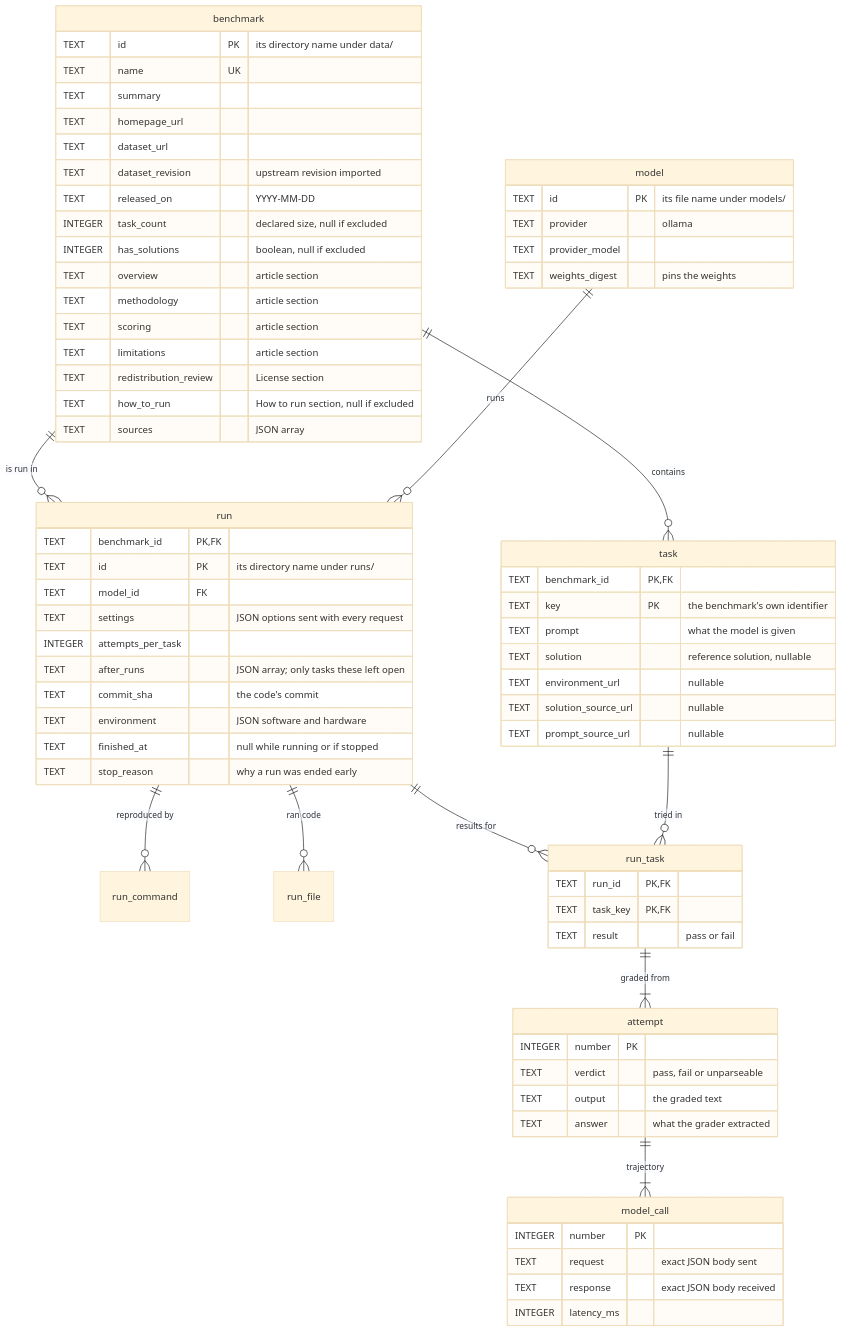
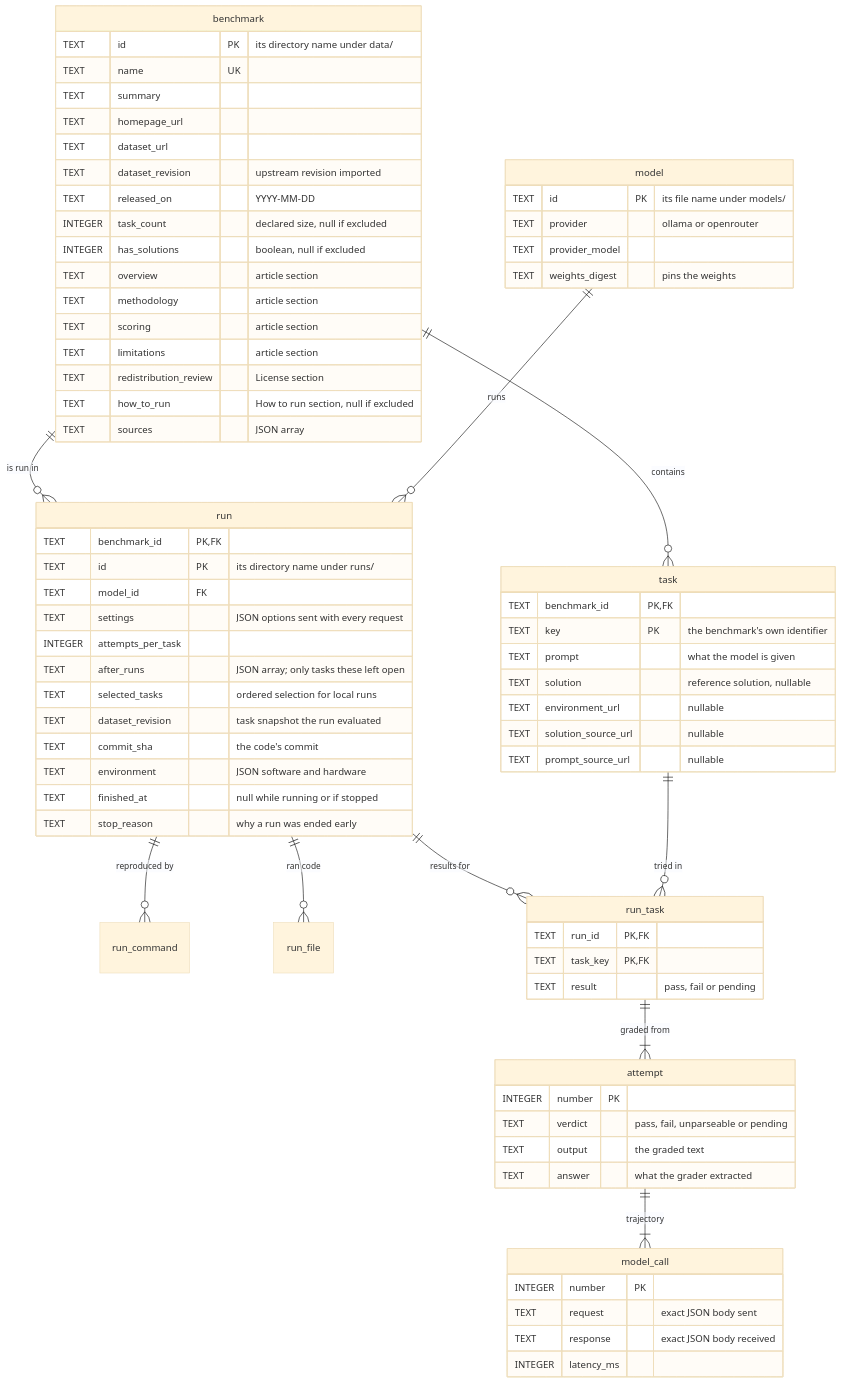
Before and after one commit to khooeee/benchopedia: the diagram in README.md, drawn with Mermaid (base theme). The commit also changed other lines of this file and 18 other files, not shown here.

Commit message:
add task priority sweep and open tasks page

````diff
--- a/README.md
+++ b/README.md
@@ -56,75 +64,77 @@
 ```mermaid
 erDiagram
     benchmark ||--o{ task : contains
     benchmark ||--o{ run : "is run in"
     model ||--o{ run : runs
     run ||--o{ run_command : "reproduced by"
     run ||--o{ run_file : "ran code"
     run ||--o{ run_task : "results for"
     task ||--o{ run_task : "tried in"
     run_task ||--|{ attempt : "graded from"
     attempt ||--|{ model_call : trajectory
 
     benchmark {
         TEXT id PK "its directory name under data/"
         TEXT name UK
         TEXT summary
         TEXT homepage_url
         TEXT dataset_url
         TEXT dataset_revision "upstream revision imported"
         TEXT released_on "YYYY-MM-DD"
         INTEGER task_count "declared size, null if excluded"
         INTEGER has_solutions "boolean, null if excluded"
         TEXT overview "article section"
         TEXT methodology "article section"
         TEXT scoring "article section"
         TEXT limitations "article section"
         TEXT redistribution_review "License section"
         TEXT how_to_run "How to run section, null if excluded"
         TEXT sources "JSON array"
     }
     task {
         TEXT benchmark_id PK, FK
         TEXT key PK "the benchmark's own identifier"
         TEXT prompt "what the model is given"
         TEXT solution "reference solution, nullable"
         TEXT environment_url "nullable"
         TEXT solution_source_url "nullable"
         TEXT prompt_source_url "nullable"
     }
     model {
         TEXT id PK "its file name under models/"
-        TEXT provider "ollama"
+        TEXT provider "ollama or openrouter"
         TEXT provider_model
         TEXT weights_digest "pins the weights"
     }
     run {
         TEXT benchmark_id PK, FK
         TEXT id PK "its directory name under runs/"
         TEXT model_id FK
         TEXT settings "JSON options sent with every request"
         INTEGER attempts_per_task
         TEXT after_runs "JSON array; only tasks these left open"
+        TEXT selected_tasks "ordered selection for local runs"
+        TEXT dataset_revision "task snapshot the run evaluated"
         TEXT commit_sha "the code's commit"
         TEXT environment "JSON software and hardware"
         TEXT finished_at "null while running or if stopped"
         TEXT stop_reason "why a run was ended early"
     }
     run_task {
         TEXT run_id PK, FK
         TEXT task_key PK, FK
-        TEXT result "pass or fail"
+        TEXT result "pass, fail or pending"
     }
     attempt {
         INTEGER number PK
-        TEXT verdict "pass, fail or unparseable"
+        TEXT verdict "pass, fail, unparseable or pending"
         TEXT output "the graded text"
         TEXT answer "what the grader extracted"
     }
     model_call {
         INTEGER number PK
         TEXT request "exact JSON body sent"
         TEXT response "exact JSON body received"
         INTEGER latency_ms
     }
 ```
````
